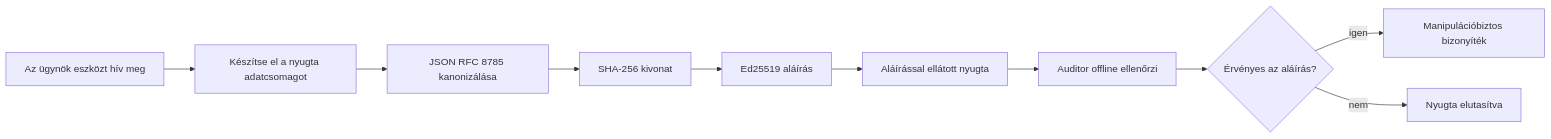
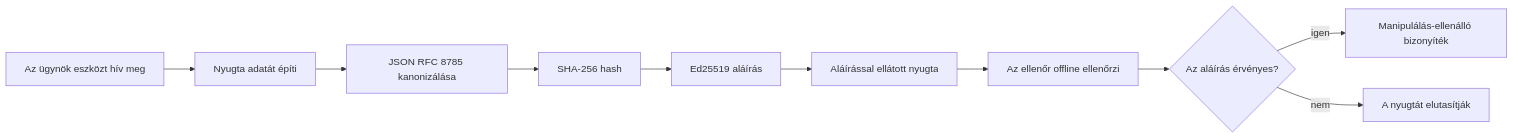
One commit to gabrielmoreira/agent-skills-mirror changed the first of 2 diagrams in mirrors/repos/microsoft@ai-agents-for-beginners/translations/hu/18-securing-ai-agents/README.md. Above: the diagram before and after it, drawn with Mermaid. The commit also changed other lines of this file and 2285 other files, not shown here.

````diff
--- a/mirrors/repos/microsoft@ai-agents-for-beginners/translations/hu/18-securing-ai-agents/README.md
+++ b/mirrors/repos/microsoft@ai-agents-for-beginners/translations/hu/18-securing-ai-agents/README.md
@@ -51,12 +51,12 @@
 ```mermaid
 flowchart LR
-    A[Az ügynök eszközt hív meg] --> B[Készítse el a nyugta adatcsomagot]
+    A[Az ügynök eszközt hív meg] --> B[Nyugta adatát építi]
     B --> C[JSON RFC 8785 kanonizálása]
-    C --> D[SHA-256 kivonat]
+    C --> D[SHA-256 hash]
     D --> E[Ed25519 aláírás]
     E --> F[Aláírással ellátott nyugta]
-    F --> G[Auditor offline ellenőrzi]
-    G --> H{Érvényes az aláírás?}
-    H -- igen --> I[Manipulációbiztos bizonyíték]
-    H -- nem --> J[Nyugta elutasítva]
+    F --> G[Az ellenőr offline ellenőrzi]
+    G --> H{Az aláírás érvényes?}
+    H -- igen --> I[Manipulálás-ellenálló bizonyíték]
+    H -- nem --> J[A nyugtát elutasítják]
 ```
````
